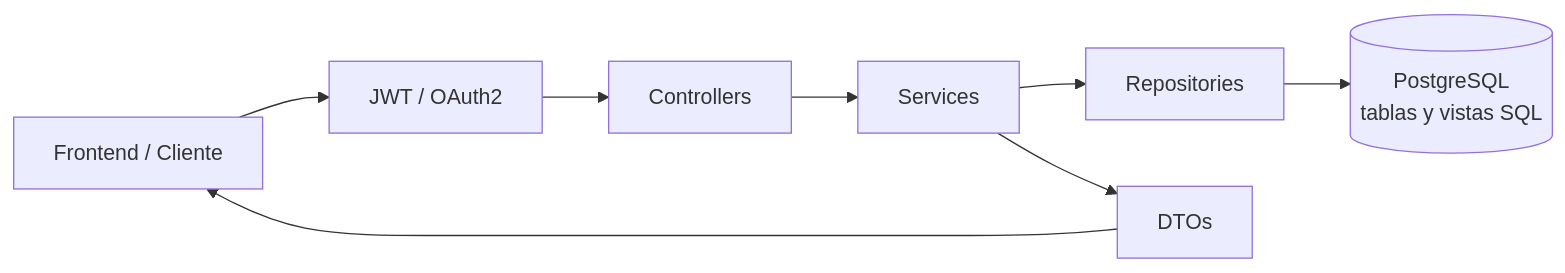
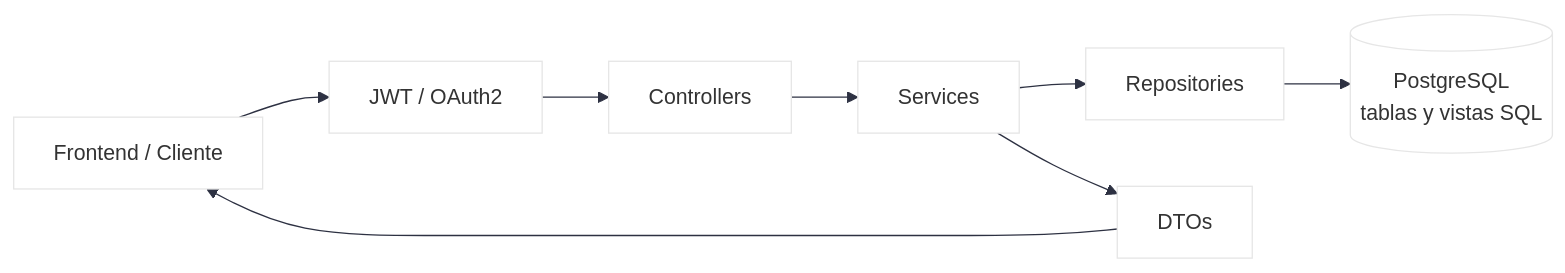
The diagram in README.md (manuel20051208/Api-Project), drawn with Mermaid before and after one commit. The commit also changed 2 other files, not shown here.

Commit message:
Set white backgrounds for architecture diagrams

````diff
--- a/README.md
+++ b/README.md
@@ -26,10 +26,11 @@
 ```mermaid
+%%{init: {"theme": "base", "themeVariables": {"background": "#ffffff", "primaryColor": "#ffffff", "secondaryColor": "#f5f5f5", "tertiaryColor": "#ffffff", "lineColor": "#2d3142", "textColor": "#2d3142"}}}%%
 flowchart LR
     Client[Frontend / Cliente] --> Security[JWT / OAuth2]
     Security --> Controller[Controllers]
     Controller --> Service[Services]
     Service --> Repository[Repositories]
     Repository --> Views[(PostgreSQL<br/>tablas y vistas SQL)]
     Service --> DTO[DTOs]
     DTO --> Client
 ```
````
